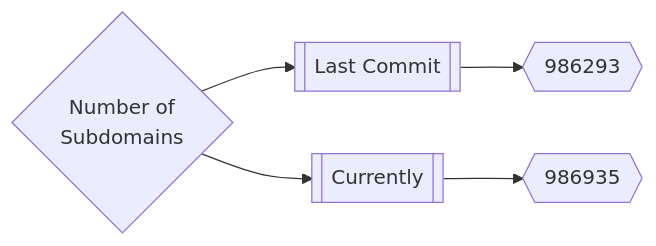
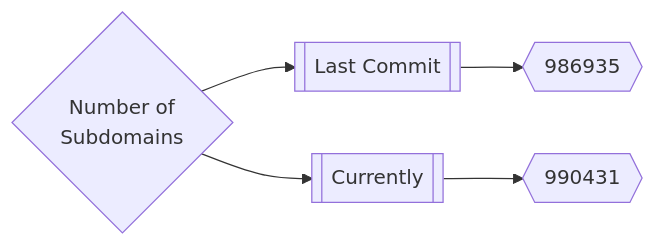
The first of 3 diagrams in README.md (trickest/inventory), drawn with Mermaid before and after one commit. The commit also changed other lines of this file, not shown here.

Commit message:
Update README.md Sun Jul 31 21:22:14 UTC 2022

````diff
--- a/README.md
+++ b/README.md
@@ -167,5 +167,5 @@
 ```mermaid
 graph LR
-title{Number of<br>Subdomains} --> subdomainsDate1[[Last Commit]] --> subdomainsNum1{{986293}}
-title --> subdomainsDate2[[Currently]] --> subdomainsNum2{{986935}}
+title{Number of<br>Subdomains} --> subdomainsDate1[[Last Commit]] --> subdomainsNum1{{986935}}
+title --> subdomainsDate2[[Currently]] --> subdomainsNum2{{990431}}
 ```
````
